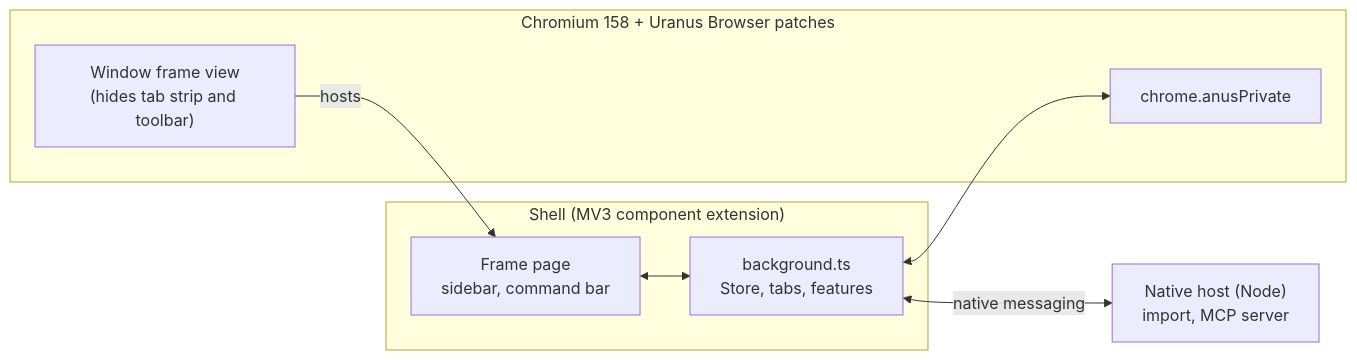
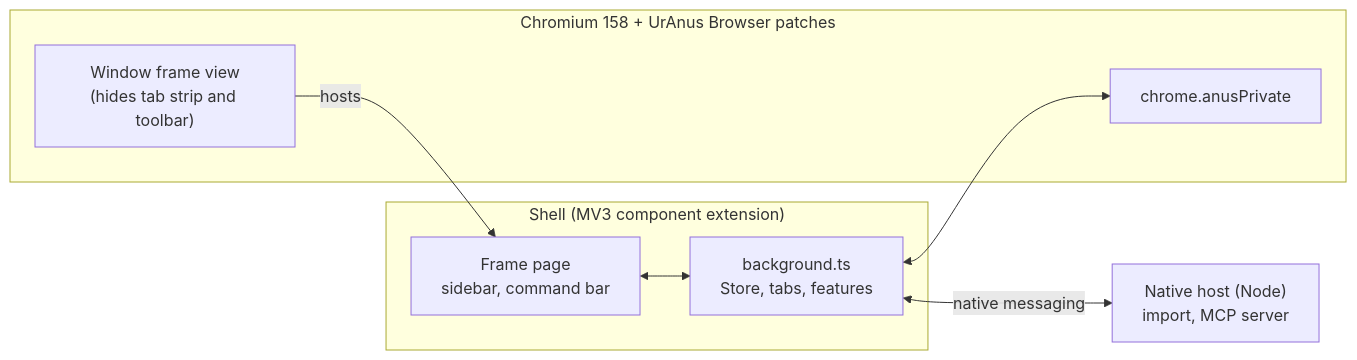
The diagram in README.md (ghollbeck/uranusbrowser), drawn with Mermaid before and after one commit. The commit also changed other lines of this file and 210 other files, not shown here.

````diff
--- a/README.md
+++ b/README.md
@@ -206,16 +206,16 @@
 ```mermaid
 flowchart LR
-  subgraph Chromium["Chromium 158 + Uranus Browser patches"]
+  subgraph Chromium["Chromium 158 + UrAnus Browser patches"]
     Frame["Window frame view<br/>(hides tab strip and toolbar)"]
     API["chrome.anusPrivate"]
   end
   subgraph Shell["Shell (MV3 component extension)"]
     BG["background.ts<br/>Store, tabs, features"]
     FP["Frame page<br/>sidebar, command bar"]
   end
   Host["Native host (Node)<br/>import, MCP server"]
   Frame -- "hosts" --> FP
   FP <--> BG
   BG <--> API
   BG <-- "native messaging" --> Host
 ```
````
